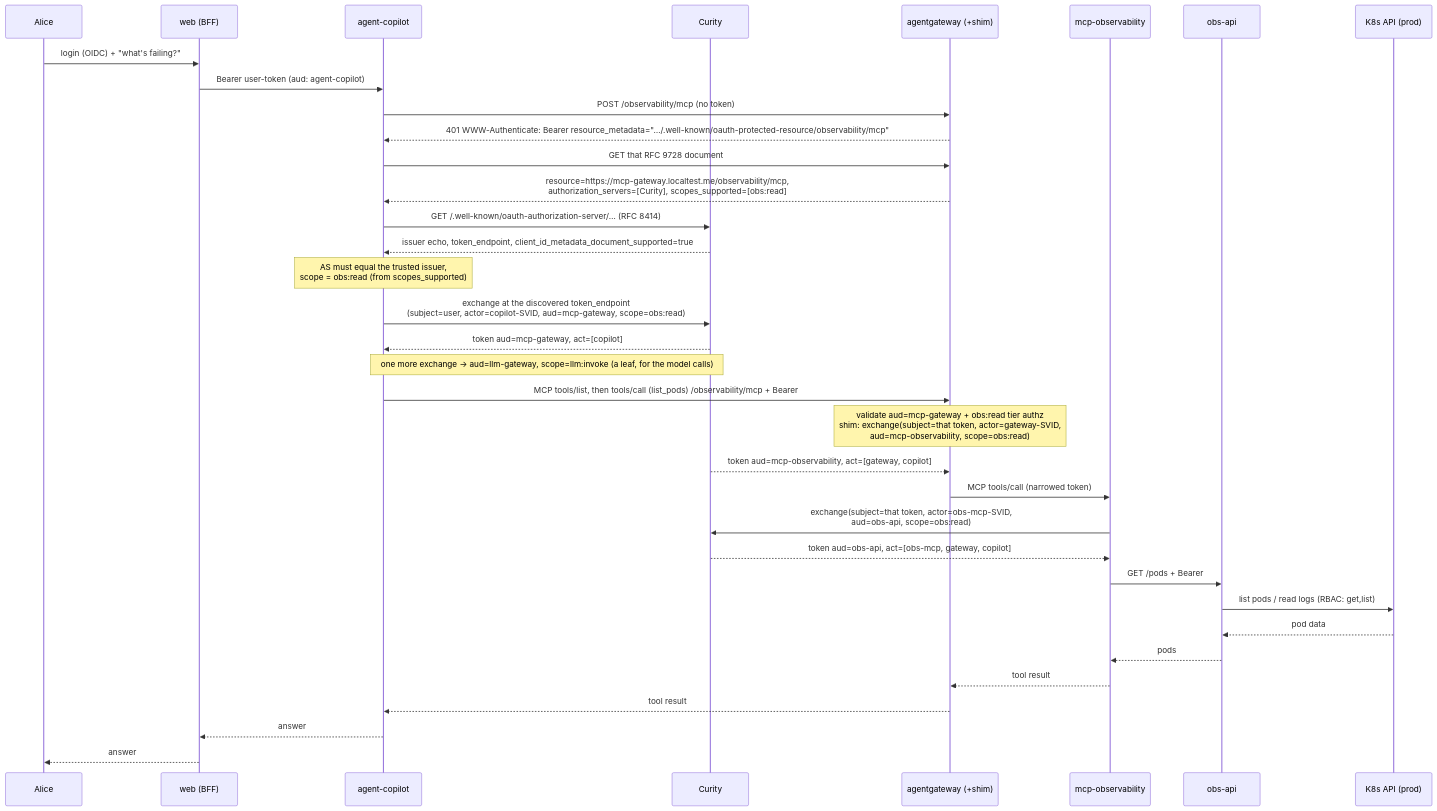
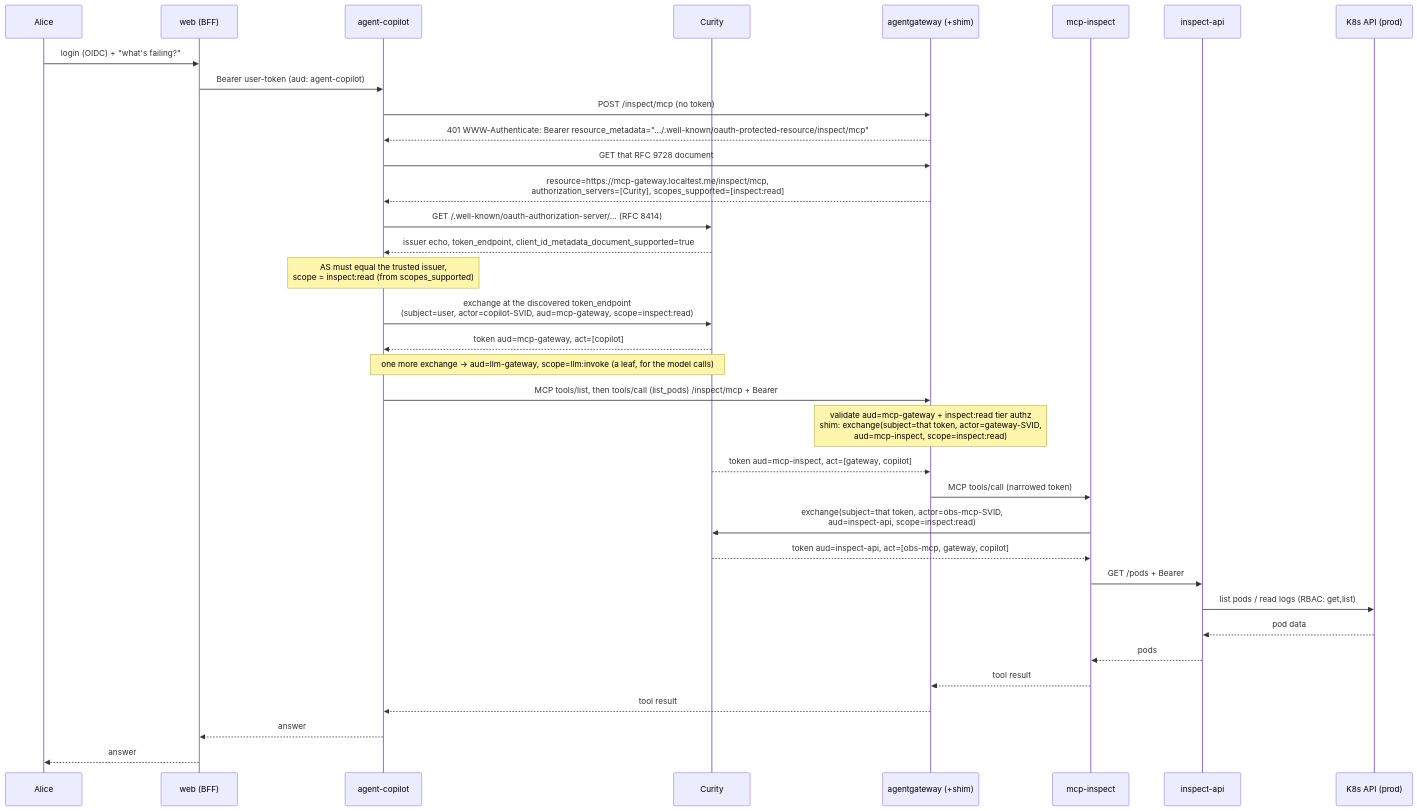
One commit to curityio/ai-agents-auth-demo changed the second of 4 diagrams in docs/architecture.md. Above: the diagram before and after it, drawn with Mermaid. The commit also changed other lines of this file and 171 other files, not shown here.

````diff
--- a/docs/architecture.md
+++ b/docs/architecture.md
@@ -222,38 +222,38 @@
 ```mermaid
 sequenceDiagram
     participant U as Alice
     participant W as web (BFF)
     participant A1 as agent-copilot
     participant Cu as Curity
     participant GW as agentgateway (+shim)
-    participant M1 as mcp-observability
-    participant B1 as obs-api
+    participant M1 as mcp-inspect
+    participant B1 as inspect-api
     participant K as K8s API (prod)
 
     U->>W: login (OIDC) + "what's failing?"
     W->>A1: Bearer user-token (aud: agent-copilot)
-    A1->>GW: POST /observability/mcp (no token)
-    GW-->>A1: 401 WWW-Authenticate: Bearer resource_metadata="…/.well-known/oauth-protected-resource/observability/mcp"
+    A1->>GW: POST /inspect/mcp (no token)
+    GW-->>A1: 401 WWW-Authenticate: Bearer resource_metadata="…/.well-known/oauth-protected-resource/inspect/mcp"
     A1->>GW: GET that RFC 9728 document
-    GW-->>A1: resource=https://mcp-gateway.localtest.me/observability/mcp,<br/>authorization_servers=[Curity], scopes_supported=[obs:read]
+    GW-->>A1: resource=https://mcp-gateway.localtest.me/inspect/mcp,<br/>authorization_servers=[Curity], scopes_supported=[inspect:read]
     A1->>Cu: GET /.well-known/oauth-authorization-server/… (RFC 8414)
     Cu-->>A1: issuer echo, token_endpoint, client_id_metadata_document_supported=true
-    Note over A1: AS must equal the trusted issuer,<br/>scope = obs:read (from scopes_supported)
-    A1->>Cu: exchange at the discovered token_endpoint<br/>(subject=user, actor=copilot-SVID, aud=mcp-gateway, scope=obs:read)
+    Note over A1: AS must equal the trusted issuer,<br/>scope = inspect:read (from scopes_supported)
+    A1->>Cu: exchange at the discovered token_endpoint<br/>(subject=user, actor=copilot-SVID, aud=mcp-gateway, scope=inspect:read)
     Cu-->>A1: token aud=mcp-gateway, act=[copilot]
     Note over A1,Cu: one more exchange → aud=llm-gateway, scope=llm:invoke (a leaf, for the model calls)
-    A1->>GW: MCP tools/list, then tools/call (list_pods) /observability/mcp + Bearer
-    Note over GW: validate aud=mcp-gateway + obs:read tier authz<br/>shim: exchange(subject=that token, actor=gateway-SVID,<br/>aud=mcp-observability, scope=obs:read)
-    Cu-->>GW: token aud=mcp-observability, act=[gateway, copilot]
+    A1->>GW: MCP tools/list, then tools/call (list_pods) /inspect/mcp + Bearer
+    Note over GW: validate aud=mcp-gateway + inspect:read tier authz<br/>shim: exchange(subject=that token, actor=gateway-SVID,<br/>aud=mcp-inspect, scope=inspect:read)
+    Cu-->>GW: token aud=mcp-inspect, act=[gateway, copilot]
     GW->>M1: MCP tools/call (narrowed token)
-    M1->>Cu: exchange(subject=that token, actor=obs-mcp-SVID,<br/>aud=obs-api, scope=obs:read)
-    Cu-->>M1: token aud=obs-api, act=[obs-mcp, gateway, copilot]
+    M1->>Cu: exchange(subject=that token, actor=obs-mcp-SVID,<br/>aud=inspect-api, scope=inspect:read)
+    Cu-->>M1: token aud=inspect-api, act=[obs-mcp, gateway, copilot]
     M1->>B1: GET /pods + Bearer
     B1->>K: list pods / read logs (RBAC: get,list)
     K-->>B1: pod data
     B1-->>M1: pods
     M1-->>GW: tool result
     GW-->>A1: tool result
     A1-->>W: answer
     W-->>U: answer
 ```
````
